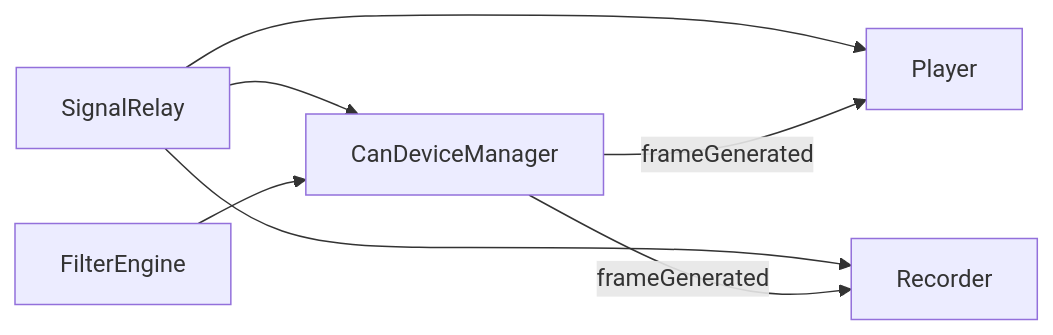
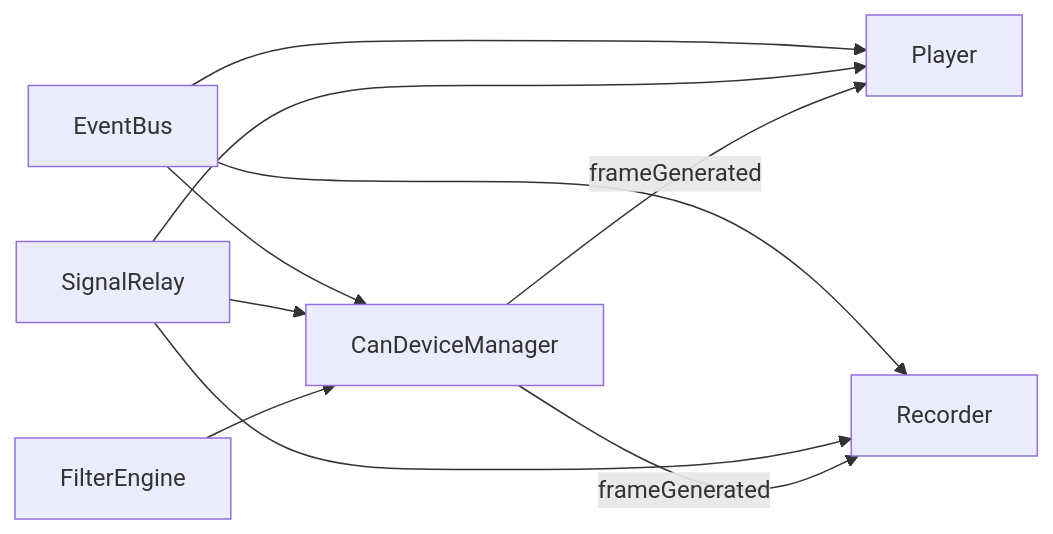
One commit to jakecai1225-design/OpenBus changed the eighth of 8 diagrams in .qoder/repowiki/zh/content/核心模块详解/事件总线系统.md. Above: the diagram before and after it, drawn with Mermaid. The commit also changed other lines of this file and 151 other files, not shown here.

````diff
--- a/.qoder/repowiki/zh/content/核心模块详解/事件总线系统.md
+++ b/.qoder/repowiki/zh/content/核心模块详解/事件总线系统.md
@@ -273,9 +343,12 @@
 ```mermaid
 graph LR
-SR["SignalRelay"] --> DM["CanDeviceManager"]
-SR --> PLR["Player"]
-SR --> REC["Recorder"]
+EB["EventBus"] --> DM["CanDeviceManager"]
+EB --> PLR["Player"]
+EB --> REC["Recorder"]
+SR["SignalRelay"] --> DM
+SR --> PLR
+SR --> REC
 DM --> |"frameGenerated"| PLR
 DM --> |"frameGenerated"| REC
 FE["FilterEngine"] --> DM
 ```
````
